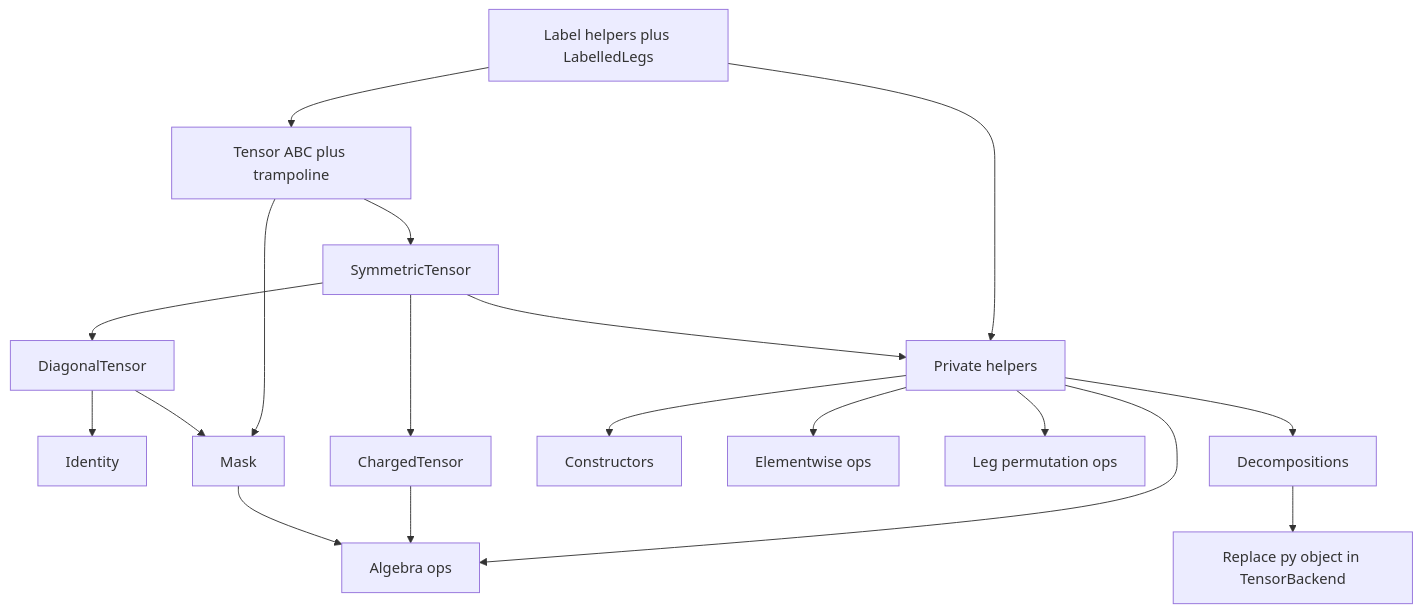
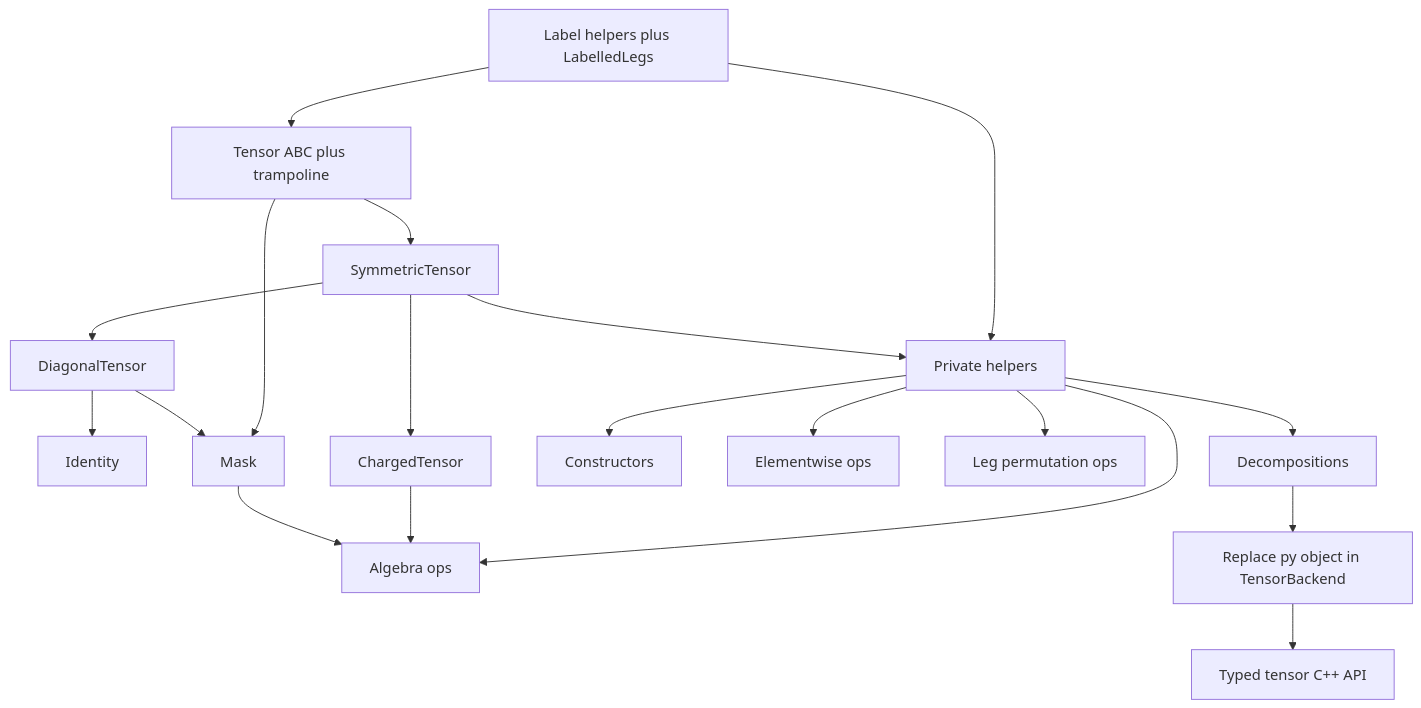
Before and after one commit to tenpy/cyten: the diagram in docs/cpp_conversion/convert_tensors.md, drawn with Mermaid. The commit also changed other lines of this file and 4 other files, not shown here.

Commit message:
WIP: document typed tensor C++ API

````diff
--- a/docs/cpp_conversion/convert_tensors.md
+++ b/docs/cpp_conversion/convert_tensors.md
@@ -13,34 +15,36 @@
 ```mermaid
 flowchart TD
   labels[Label helpers plus LabelledLegs]
   tensor[Tensor ABC plus trampoline]
   sym[SymmetricTensor]
   diag[DiagonalTensor]
   ident[Identity]
   mask[Mask]
   charged[ChargedTensor]
   helpers[Private helpers]
   ctors[Constructors]
   elem[Elementwise ops]
   algebra[Algebra ops]
   legs[Leg permutation ops]
   decomp[Decompositions]
   backendFix[Replace py object in TensorBackend]
+  typedApi[Typed tensor C++ API]
   labels --> tensor
   tensor --> sym
   sym --> diag
   diag --> ident
   tensor --> mask
   sym --> charged
   diag --> mask
   labels --> helpers
   sym --> helpers
   helpers --> ctors
   helpers --> elem
   helpers --> algebra
   helpers --> legs
   helpers --> decomp
   charged --> algebra
   mask --> algebra
   decomp --> backendFix
+  backendFix --> typedApi
 ```
````
